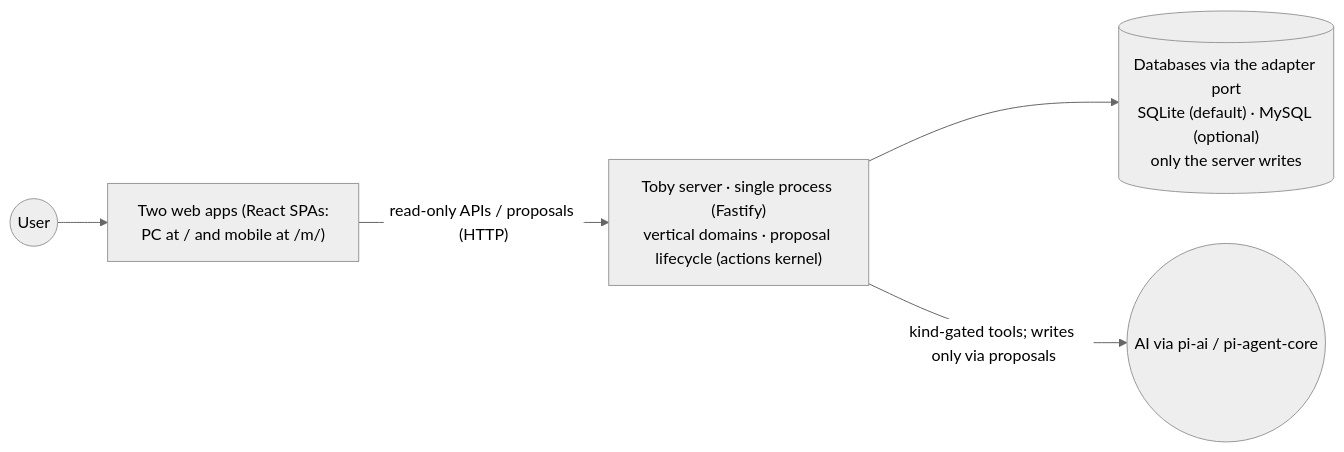
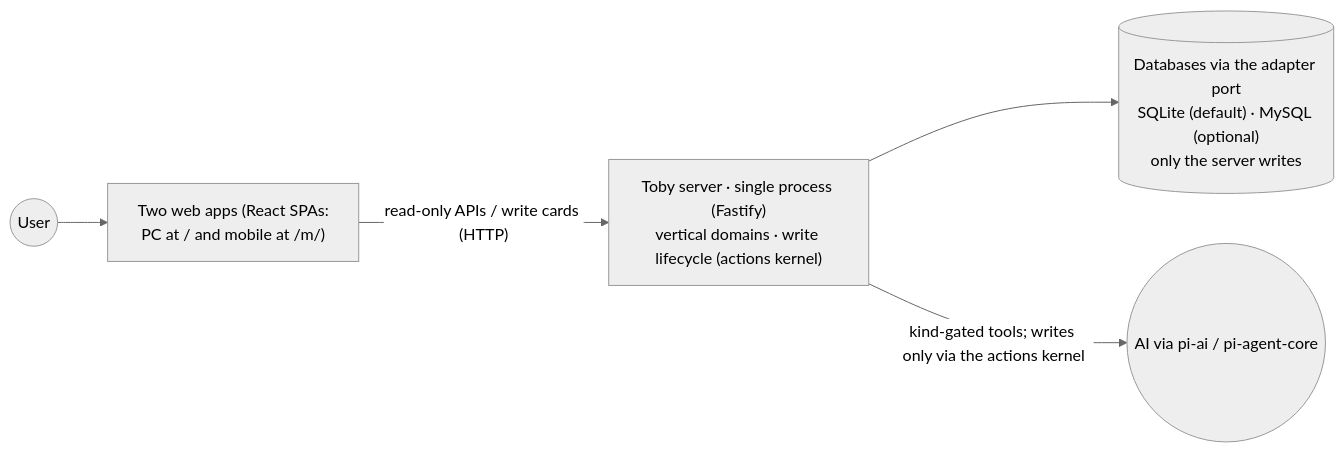
Before and after one commit to dengyusys/toby: the first of 3 diagrams in docs/system-overview.md, drawn with Mermaid (neutral theme). The commit also changed other lines of this file and 21 other files, not shown here.

````diff
--- a/docs/system-overview.md
+++ b/docs/system-overview.md
@@ -23,7 +23,7 @@
 ```mermaid
 flowchart LR
     U(("User")) --> W["Two web apps (React SPAs:<br/>PC at / and mobile at /m/)"]
-    W -->|"read-only APIs / proposals (HTTP)"| S["Toby server · single process (Fastify)<br/>vertical domains · proposal lifecycle (actions kernel)"]
+    W -->|"read-only APIs / write cards (HTTP)"| S["Toby server · single process (Fastify)<br/>vertical domains · write lifecycle (actions kernel)"]
     S --> DB[("Databases via the adapter port<br/>SQLite (default) · MySQL (optional)<br/>only the server writes")]
-    S -->|"kind-gated tools; writes only via proposals"| AI(("AI via pi-ai / pi-agent-core"))
+    S -->|"kind-gated tools; writes only via the actions kernel"| AI(("AI via pi-ai / pi-agent-core"))
 ```
````
